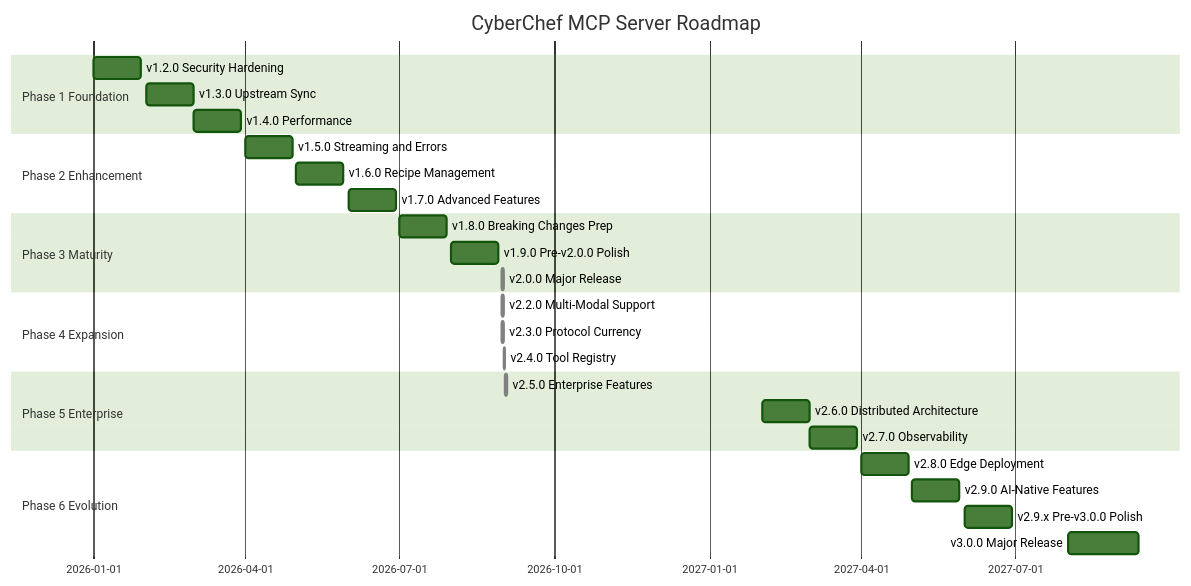
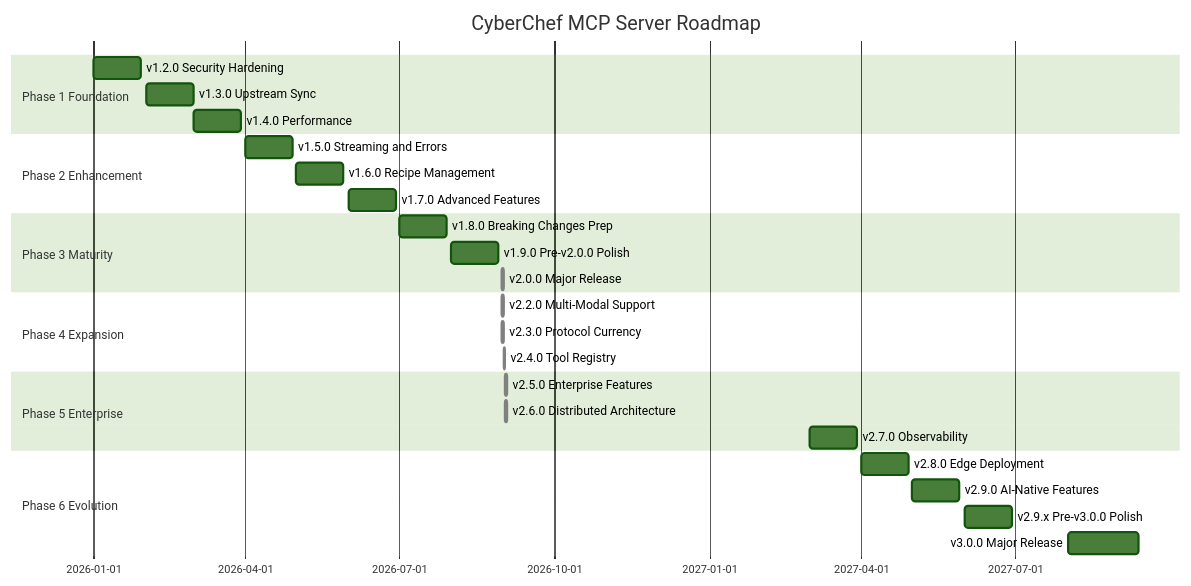
Before and after one commit to doublegate/CyberChef-MCP: the diagram in docs/planning/ROADMAP.md, drawn with Mermaid (forest theme). The commit also changed other lines of this file and 7 other files, not shown here.

````diff
--- a/docs/planning/ROADMAP.md
+++ b/docs/planning/ROADMAP.md
@@ -46,30 +46,30 @@
 ```mermaid
 gantt
     title CyberChef MCP Server Roadmap
     dateFormat YYYY-MM-DD
     section Phase 1 Foundation
     v1.2.0 Security Hardening           :2026-01-01, 4w
     v1.3.0 Upstream Sync                :2026-02-01, 4w
     v1.4.0 Performance                  :2026-03-01, 4w
     section Phase 2 Enhancement
     v1.5.0 Streaming and Errors         :2026-04-01, 4w
     v1.6.0 Recipe Management            :2026-05-01, 4w
     v1.7.0 Advanced Features            :2026-06-01, 4w
     section Phase 3 Maturity
     v1.8.0 Breaking Changes Prep        :2026-07-01, 4w
     v1.9.0 Pre-v2.0.0 Polish            :2026-08-01, 4w
     v2.0.0 Major Release                :done, 2026-08-31, 1d
     section Phase 4 Expansion
     v2.2.0 Multi-Modal Support          :done, 2026-08-31, 1d
     v2.3.0 Protocol Currency            :done, 2026-08-31, 1d
     v2.4.0 Tool Registry                :done, 2026-09-01, 1d
     section Phase 5 Enterprise
     v2.5.0 Enterprise Features          :done, 2026-09-02, 1d
-    v2.6.0 Distributed Architecture     :2027-02-01, 4w
+    v2.6.0 Distributed Architecture     :done, 2026-09-02, 1d
     v2.7.0 Observability                :2027-03-01, 4w
     section Phase 6 Evolution
     v2.8.0 Edge Deployment              :2027-04-01, 4w
     v2.9.0 AI-Native Features           :2027-05-01, 4w
     v2.9.x Pre-v3.0.0 Polish            :2027-06-01, 4w
     v3.0.0 Major Release                :2027-08-01, 6w
 ```
````
